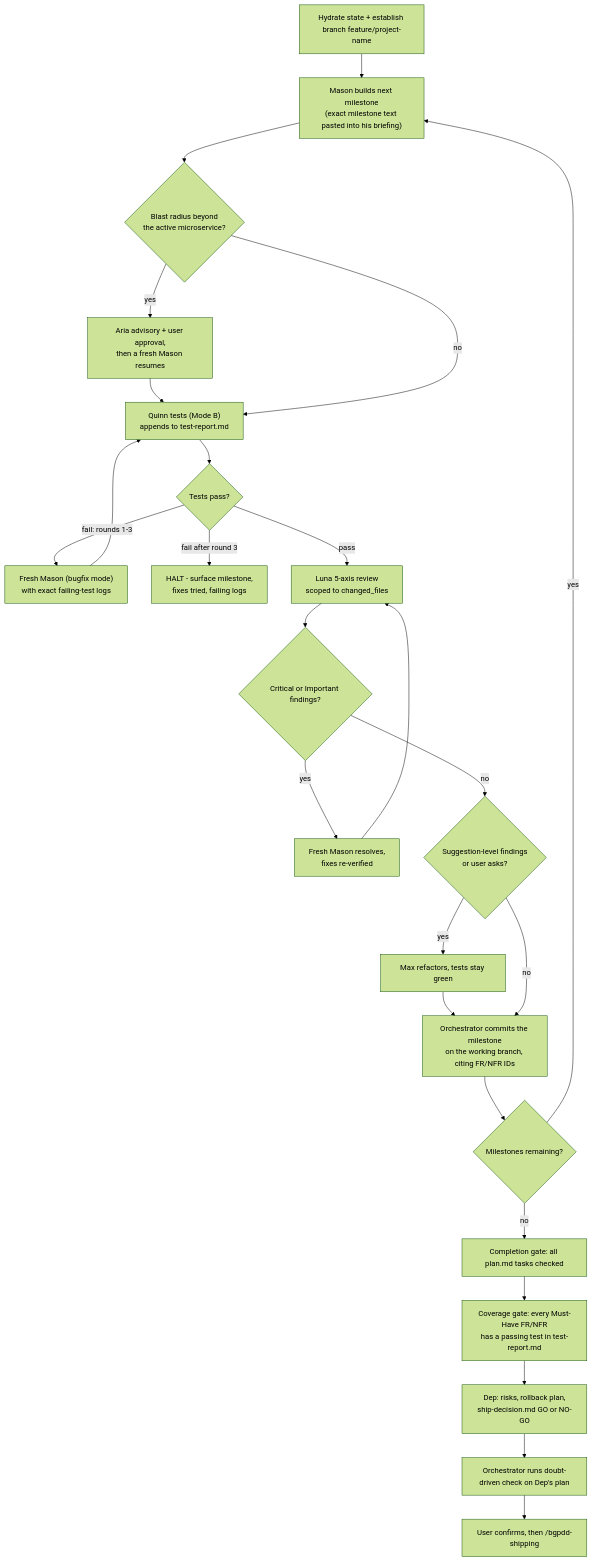
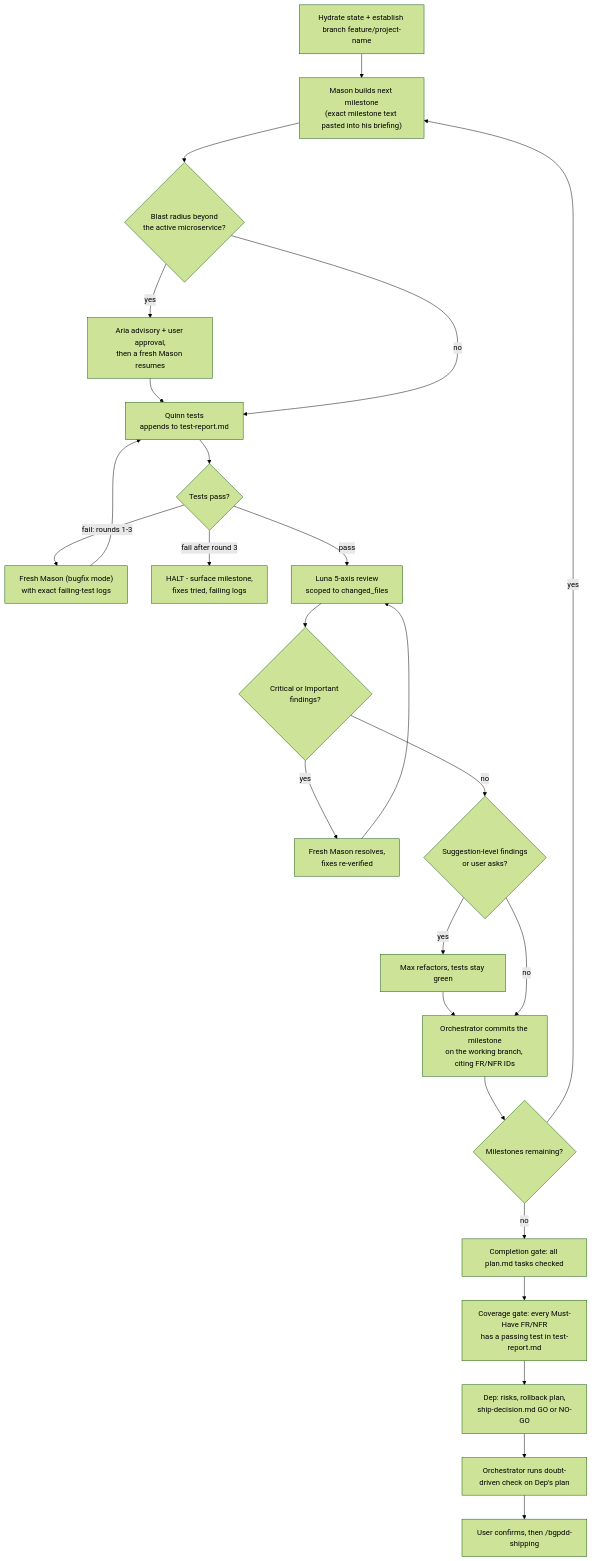
The fourth of 7 diagrams in README.md (MuhammadShaharyarNaeem/blackgoat-agentskills), drawn with Mermaid (forest theme) before and after one commit. The commit also changed other lines of this file and 20 other files, not shown here.

````diff
--- a/README.md
+++ b/README.md
@@ -220,22 +222,22 @@
 ```mermaid
 flowchart TD
     H["Hydrate state + establish branch feature/project-name"] --> M["Mason builds next milestone<br/>(exact milestone text pasted into his briefing)"]
     M --> BR{"Blast radius beyond<br/>the active microservice?"}
     BR -- "yes" --> AR["Aria advisory + user approval,<br/>then a fresh Mason resumes"] --> Q
-    BR -- "no" --> Q["Quinn tests (Mode B)<br/>appends to test-report.md"]
+    BR -- "no" --> Q["Quinn tests<br/>appends to test-report.md"]
     Q --> QP{"Tests pass?"}
     QP -- "fail: rounds 1-3" --> MF["Fresh Mason (bugfix mode)<br/>with exact failing-test logs"] --> Q
     QP -- "fail after round 3" --> HALT1["HALT - surface milestone,<br/>fixes tried, failing logs"]
     QP -- "pass" --> L["Luna 5-axis review<br/>scoped to changed_files"]
     L --> LC{"Critical or Important findings?"}
     LC -- "yes" --> LF["Fresh Mason resolves,<br/>fixes re-verified"] --> L
     LC -- "no" --> MX{"Suggestion-level findings<br/>or user asks?"}
     MX -- "yes" --> MAX["Max refactors, tests stay green"] --> COMMIT
     MX -- "no" --> COMMIT["Orchestrator commits the milestone<br/>on the working branch, citing FR/NFR IDs"]
     COMMIT --> NEXT{"Milestones remaining?"}
     NEXT -- "yes" --> M
     NEXT -- "no" --> G1["Completion gate: all plan.md tasks checked"]
     G1 --> G2["Coverage gate: every Must-Have FR/NFR<br/>has a passing test in test-report.md"]
     G2 --> DEP["Dep: risks, rollback plan,<br/>ship-decision.md GO or NO-GO"]
     DEP --> DDD["Orchestrator runs doubt-driven check on Dep's plan"] --> SHIP["User confirms, then /bgpdd-shipping"]
 ```
````
